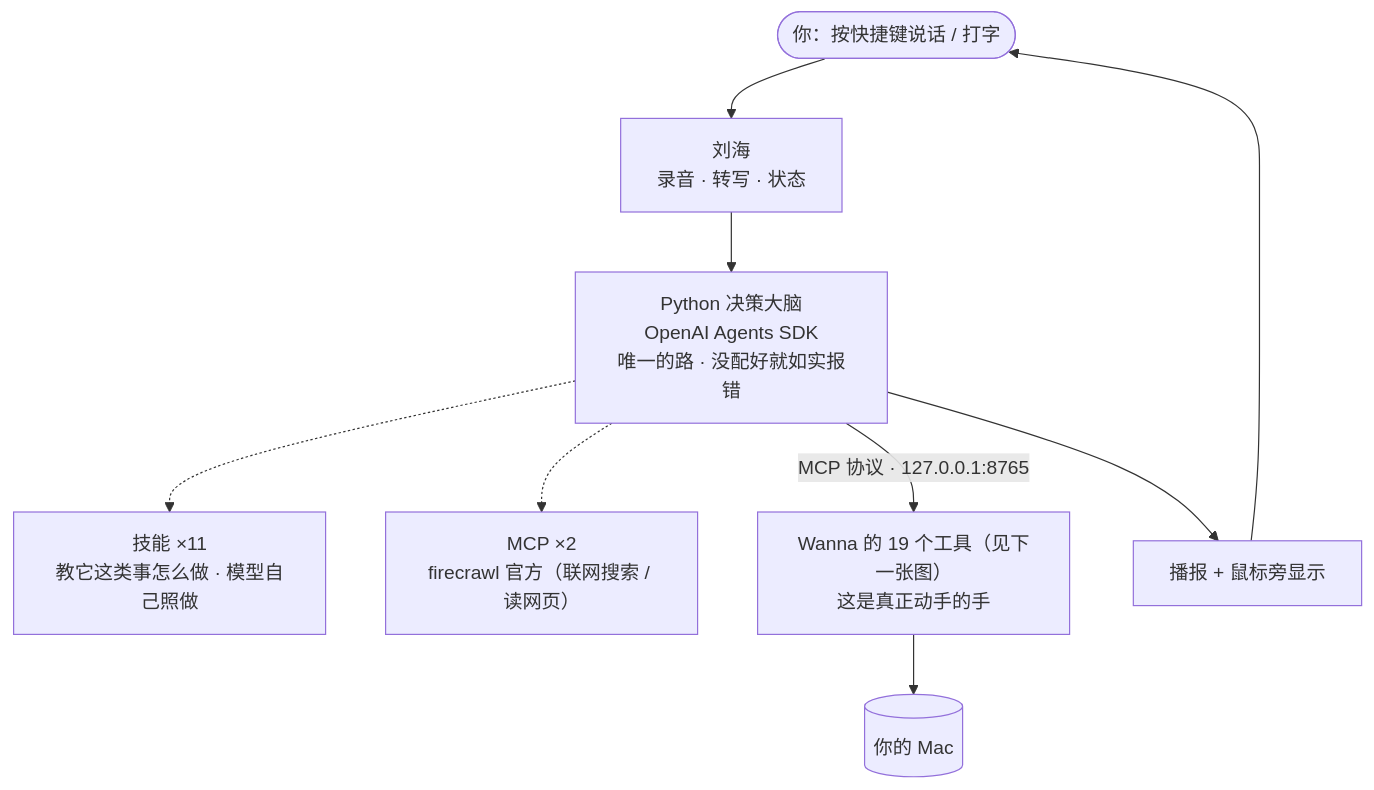
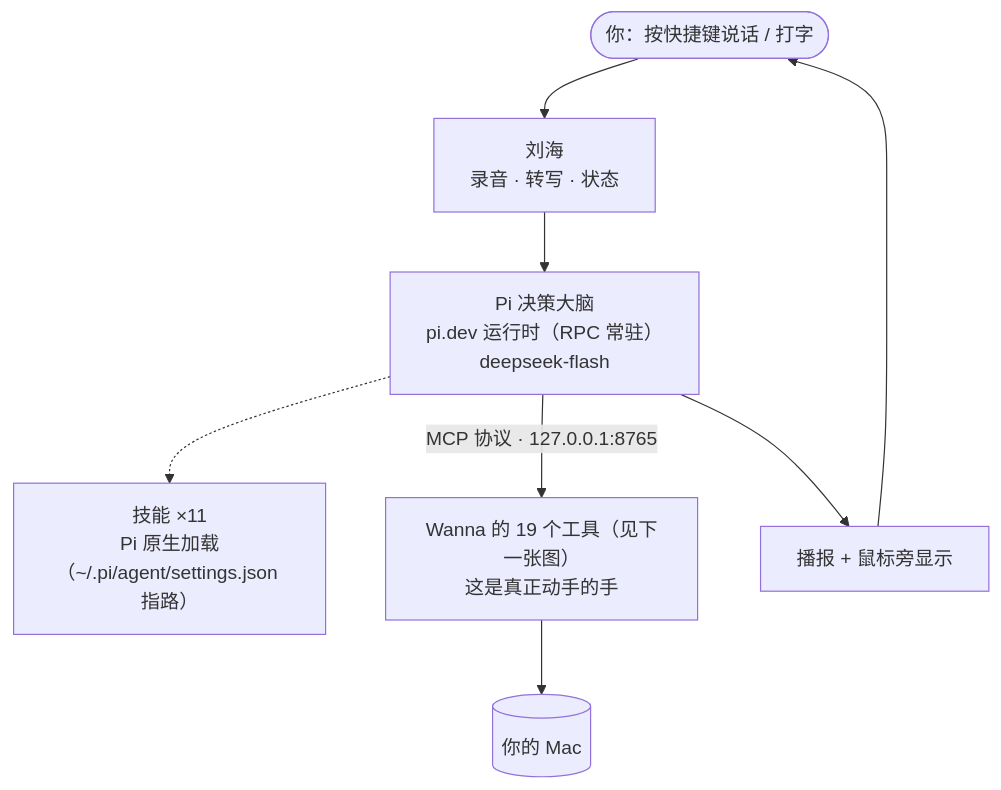
Before and after one commit to nash-aigc/wanna: the first of 2 diagrams in 全局框架/00-项目全貌.md, drawn with Mermaid. The commit also changed other lines of this file and 17 other files, not shown here.

First line of the commit message:
换血完成：决策大脑整条换成 Pi（RPC 常驻），删光 OpenAI SDK 链

````diff
--- a/全局框架/00-项目全貌.md
+++ b/全局框架/00-项目全貌.md
@@ -12,13 +12,12 @@
 ```mermaid
 flowchart TB
     U([你：按快捷键说话 / 打字]) --> N["刘海<br/>录音 · 转写 · 状态"]
-    N --> P["Python 决策大脑<br/>OpenAI Agents SDK<br/>唯一的路 · 没配好就如实报错"]
+    N --> P["Pi 决策大脑<br/>pi.dev 运行时（RPC 常驻）<br/>deepseek-flash"]
 
-    P -.-> C1["技能 ×11<br/>教它这类事怎么做 · 模型自己照做"]
-    P -.-> C2["MCP ×2<br/>firecrawl 官方（联网搜索 / 读网页）"]
+    P -.-> C1["技能 ×11<br/>Pi 原生加载（~/.pi/agent/settings.json 指路）"]
 
     P -->|MCP 协议 · 127.0.0.1:8765| H["Wanna 的 19 个工具（见下一张图）<br/>这是真正动手的手"]
     H --> MAC[(你的 Mac)]
     P --> R["播报 + 鼠标旁显示"]
     R --> U
 ```
````
